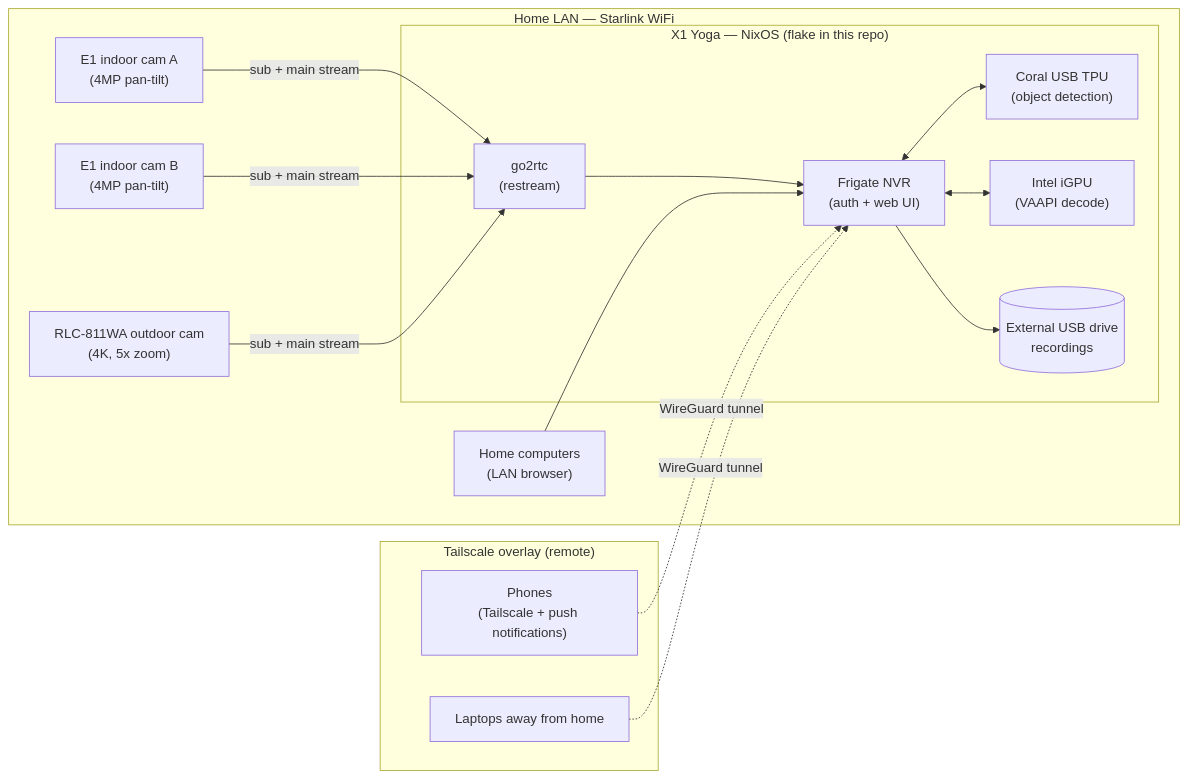
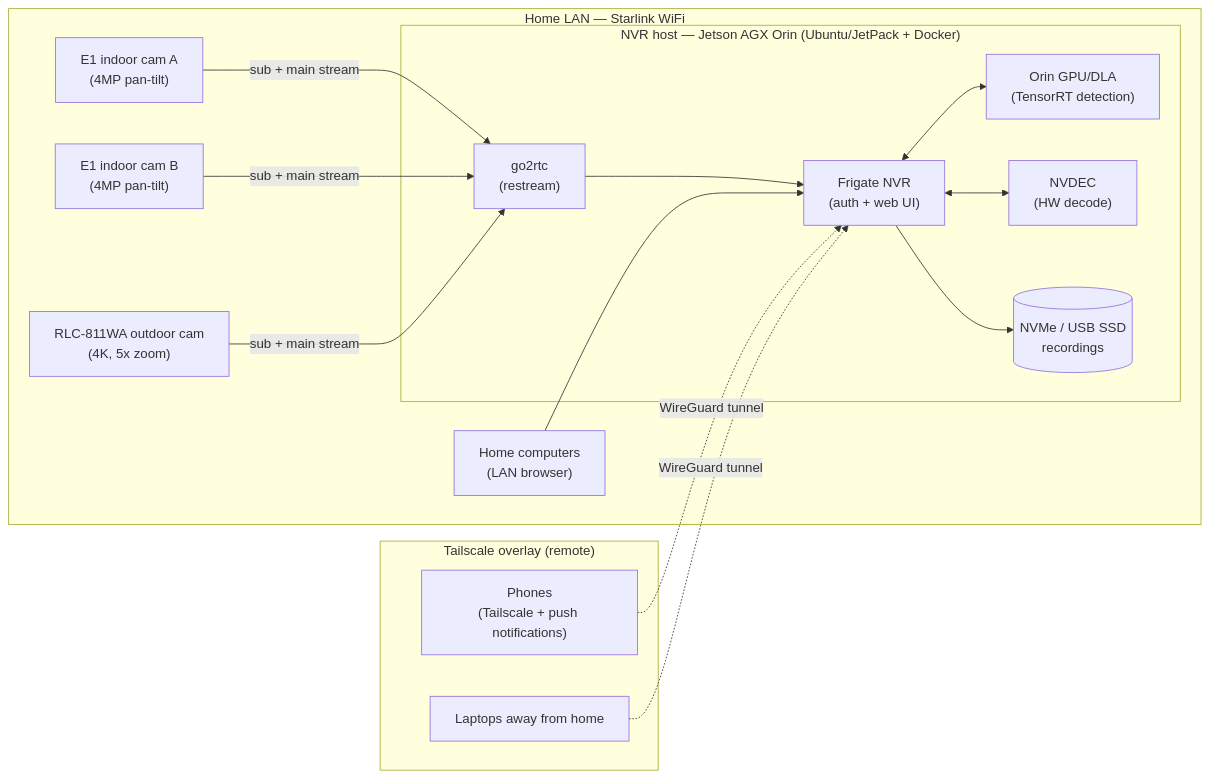
The first of 3 diagrams in docs/GITHUB_PROJECT.md (williamdemeo/homesec), drawn with Mermaid before and after one commit. The commit also changed other lines of this file, not shown here.

First line of the commit message:
GITHUB_PROJECT.md: make the roadmap prose OS-agnostic (Jetson/Docker)

````diff
--- a/docs/GITHUB_PROJECT.md
+++ b/docs/GITHUB_PROJECT.md
@@ -60,30 +61,30 @@
 ```mermaid
 flowchart LR
   subgraph lan["Home LAN — Starlink WiFi"]
     e1a["E1 indoor cam A<br/>(4MP pan-tilt)"]
     e1b["E1 indoor cam B<br/>(4MP pan-tilt)"]
     r811["RLC-811WA outdoor cam<br/>(4K, 5x zoom)"]
-    subgraph srv["X1 Yoga — NixOS (flake in this repo)"]
+    subgraph srv["NVR host — Jetson AGX Orin (Ubuntu/JetPack + Docker)"]
       go2rtc["go2rtc<br/>(restream)"]
       frigate["Frigate NVR<br/>(auth + web UI)"]
-      coral["Coral USB TPU<br/>(object detection)"]
-      vaapi["Intel iGPU<br/>(VAAPI decode)"]
-      hdd[("External USB drive<br/>recordings")]
+      detect["Orin GPU/DLA<br/>(TensorRT detection)"]
+      decode["NVDEC<br/>(HW decode)"]
+      hdd[("NVMe / USB SSD<br/>recordings")]
     end
     pc["Home computers<br/>(LAN browser)"]
   end
   subgraph ts["Tailscale overlay (remote)"]
     phones["Phones<br/>(Tailscale + push notifications)"]
     laptops["Laptops away from home"]
   end
   e1a -- "sub + main stream" --> go2rtc
   e1b -- "sub + main stream" --> go2rtc
   r811 -- "sub + main stream" --> go2rtc
   go2rtc --> frigate
-  frigate <--> coral
-  frigate <--> vaapi
+  frigate <--> detect
+  frigate <--> decode
   frigate --> hdd
   pc --> frigate
   phones -. "WireGuard tunnel" .-> frigate
   laptops -. "WireGuard tunnel" .-> frigate
 ```
````
